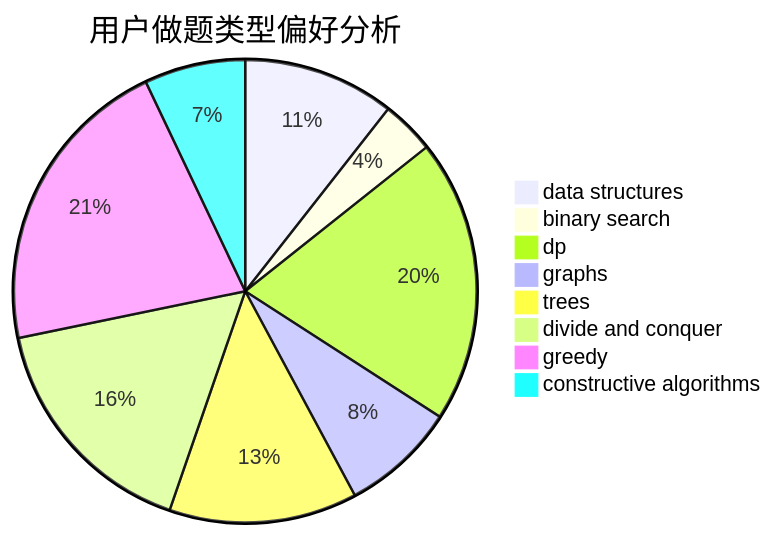
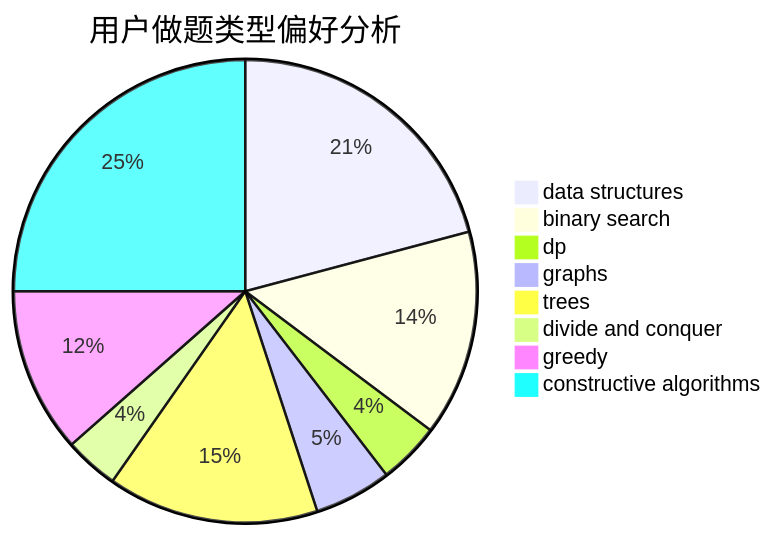
One commit to sherpahu/cfrs.github.io changed the second of 3 diagrams in docs/user/u1940.md. Above: the diagram before and after it, drawn with Mermaid. The commit also changed other lines of this file and 2770 other files, not shown here.

````diff
--- a/docs/user/u1940.md
+++ b/docs/user/u1940.md
@@ -23,11 +23,11 @@
 ```mermaid
 pie title 用户做题类型偏好分析
-    "data structures" :  54
-    "binary search" :  19
-    "dp" :  101
-    "graphs" :  41
-    "trees" :  67
-    "divide and conquer" :  84
-    "greedy" :  108
-    "constructive algorithms" :  36
+    "data structures" :  116
+    "binary search" :  80
+    "dp" :  24
+    "graphs" :  30
+    "trees" :  82
+    "divide and conquer" :  21
+    "greedy" :  64
+    "constructive algorithms" :  139
 ```
````
